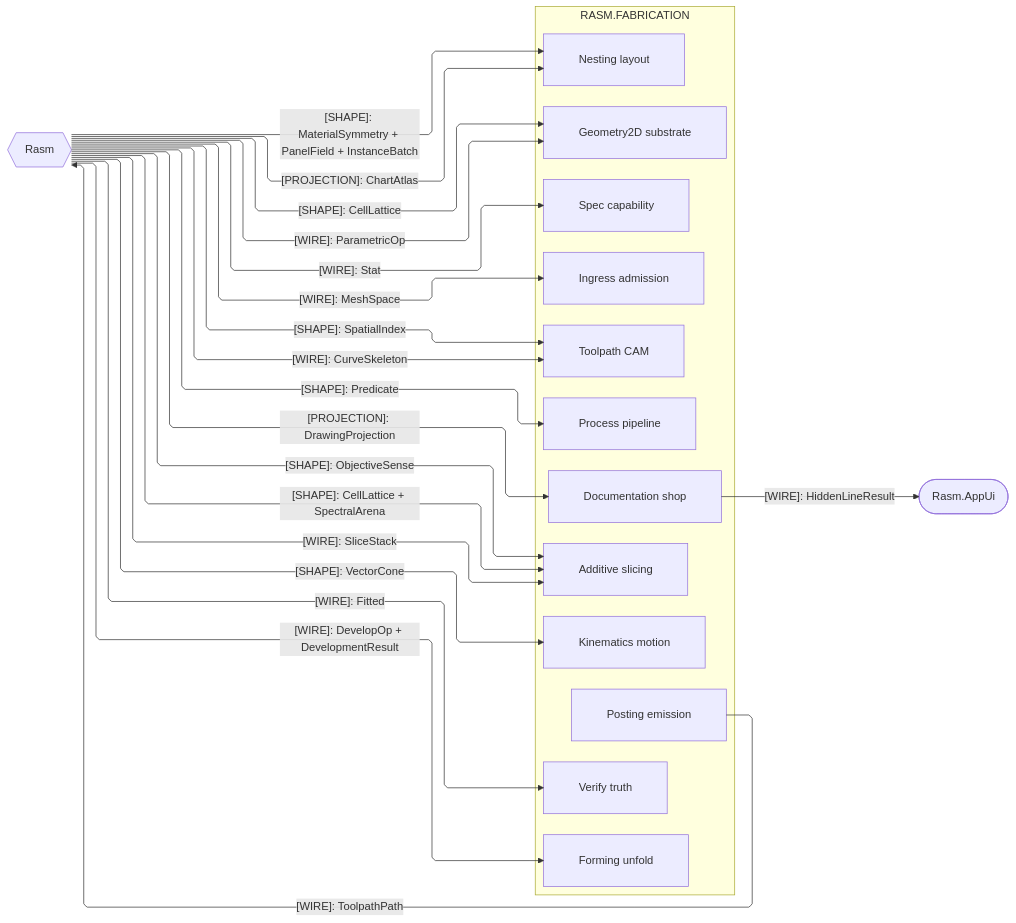
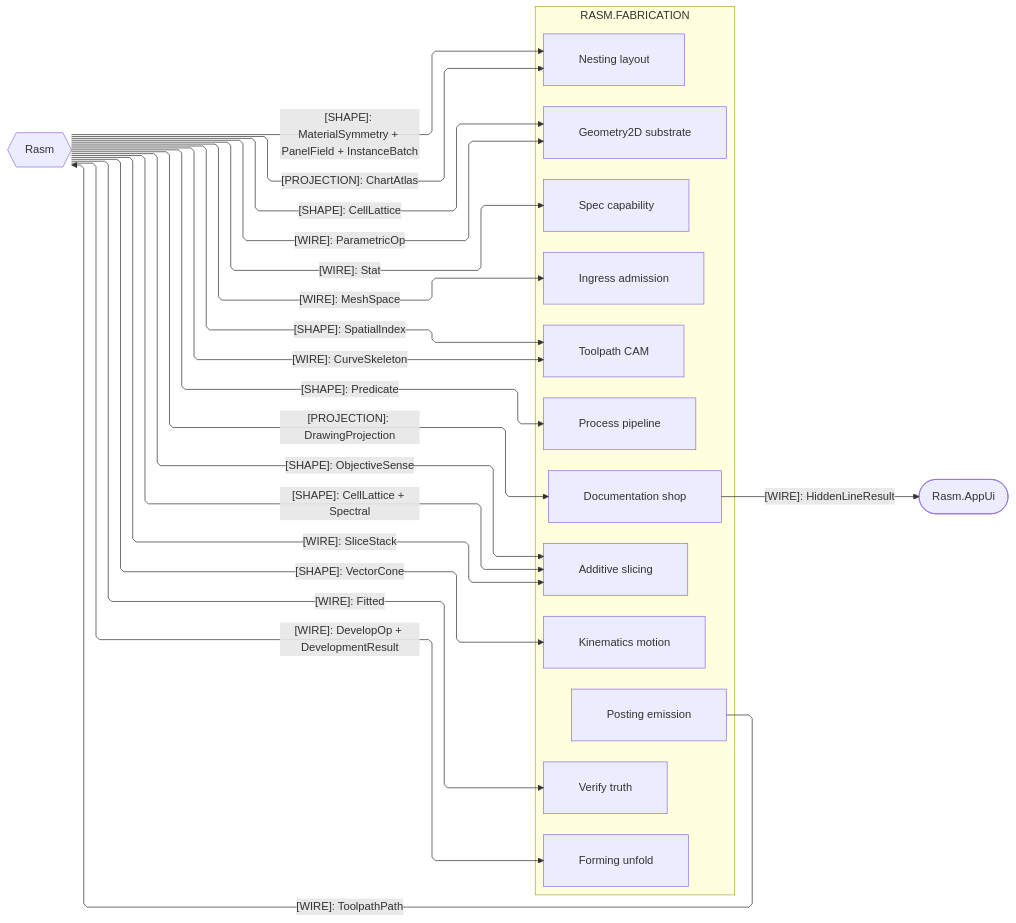
One commit to bsamiee/Rasm changed the third of 4 diagrams in libs/dotnet/Rasm.Fabrication/ARCHITECTURE.md. Above: the diagram before and after it, drawn with Mermaid. The commit also changed 83 other files, not shown here.

````diff
--- a/libs/dotnet/Rasm.Fabrication/ARCHITECTURE.md
+++ b/libs/dotnet/Rasm.Fabrication/ARCHITECTURE.md
@@ -225,46 +225,46 @@
 ```mermaid
 ---
 config:
   layout: elk
   flowchart:
     curve: linear
     padding: 25
 ---
 flowchart LR
     accTitle: Fabrication kernel and platform interfaces
     accDescr: Which contracts cross between Fabrication, the kernel substrate, and the app-platform UI, one labeled edge per family.
     subgraph fabrication[RASM.FABRICATION]
         Process[Process pipeline]
         Ingress[Ingress admission]
         Geometry2D[Geometry2D substrate]
         Toolpath[Toolpath CAM]
         Additive[Additive slicing]
         Forming[Forming unfold]
         Kinematics[Kinematics motion]
         Nesting[Nesting layout]
         Spec[Spec capability]
         Verify[Verify truth]
         Documentation[Documentation shop]
         Posting[Posting emission]
     end
     Rasm{{Rasm}}
     AppUi([Rasm.AppUi])
     Rasm e1@-->|"[SHAPE]: Predicate"| Process
     Rasm e2@-->|"[WIRE]: MeshSpace"| Ingress
     Rasm e3@-->|"[WIRE]: ParametricOp"| Geometry2D
     Rasm e4@-->|"[WIRE]: CurveSkeleton"| Toolpath
     Rasm e5@-->|"[WIRE]: SliceStack"| Additive
     Rasm e6@-->|"[WIRE]: DevelopOp + DevelopmentResult"| Forming
     Rasm e7@-->|"[SHAPE]: VectorCone"| Kinematics
     Rasm e8@-->|"[PROJECTION]: ChartAtlas"| Nesting
     Rasm e9@-->|"[WIRE]: Stat"| Spec
     Rasm e10@-->|"[WIRE]: Fitted"| Verify
     Rasm e11@-->|"[PROJECTION]: DrawingProjection"| Documentation
     Posting e12@-->|"[WIRE]: ToolpathPath"| Rasm
     Documentation e13@-->|"[WIRE]: HiddenLineResult"| AppUi
     Rasm e14@-->|"[SHAPE]: SpatialIndex"| Toolpath
-    Rasm e15@-->|"[SHAPE]: CellLattice + SpectralArena"| Additive
+    Rasm e15@-->|"[SHAPE]: CellLattice + Spectral"| Additive
     Rasm e16@-->|"[SHAPE]: CellLattice"| Geometry2D
     Rasm e17@-->|"[SHAPE]: ObjectiveSense"| Additive
     Rasm e18@-->|"[SHAPE]: MaterialSymmetry + PanelField + InstanceBatch"| Nesting
 ```
````
